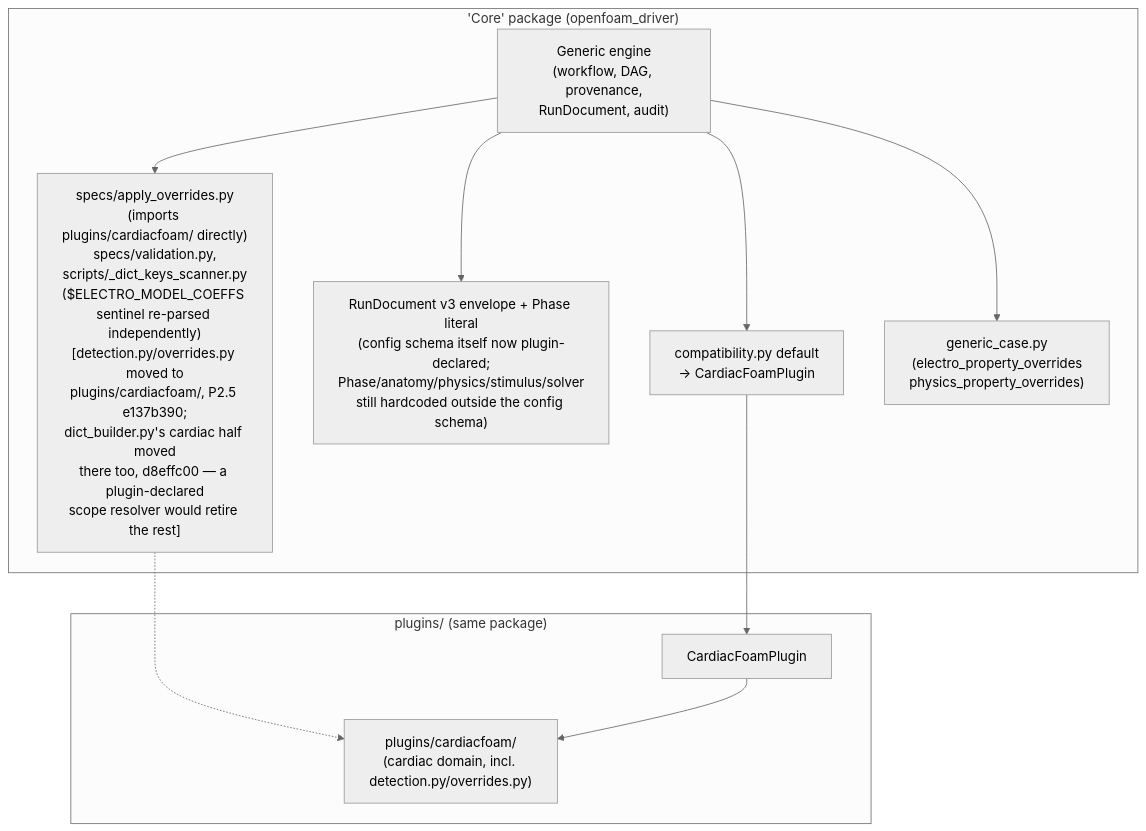
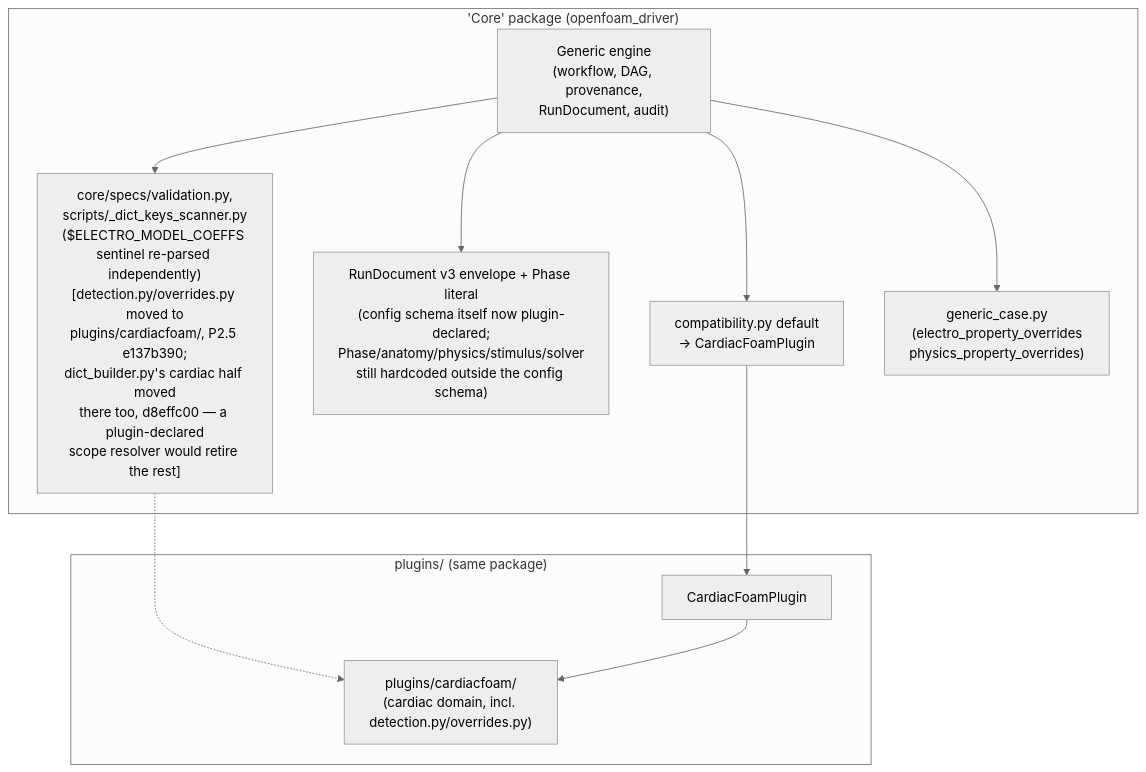
Before and after one commit to solids4foam/cardiacFoam: the sixth of 7 diagrams in applications/scripts/driverFoam/ARCHITECTURE.md, drawn with Mermaid (neutral theme). The commit also changed other lines of this file and 64 other files, not shown here.

````diff
--- a/applications/scripts/driverFoam/ARCHITECTURE.md
+++ b/applications/scripts/driverFoam/ARCHITECTURE.md
@@ -763,23 +762,23 @@
 ```mermaid
 graph TB
     subgraph CurrentCore["'Core' package (openfoam_driver)"]
         GenEngine["Generic engine\n(workflow, DAG, provenance,\nRunDocument, audit)"]
-        CardiacSpecs["specs/apply_overrides.py\n(imports plugins/cardiacfoam/ directly)\nspecs/validation.py,\nscripts/_dict_keys_scanner.py\n($ELECTRO_MODEL_COEFFS sentinel re-parsed independently)\n[detection.py/overrides.py moved to\nplugins/cardiacfoam/, P2.5 e137b390;\ndict_builder.py's cardiac half moved\nthere too, d8effc00 — a plugin-declared\nscope resolver would retire the rest]"]
+        CardiacSpecs["core/specs/validation.py,\nscripts/_dict_keys_scanner.py\n($ELECTRO_MODEL_COEFFS sentinel re-parsed independently)\n[detection.py/overrides.py moved to\nplugins/cardiacfoam/, P2.5 e137b390;\ndict_builder.py's cardiac half moved\nthere too, d8effc00 — a plugin-declared\nscope resolver would retire the rest]"]
         CardiacRunDoc["RunDocument v3 envelope + Phase literal\n(config schema itself now plugin-declared;\nPhase/anatomy/physics/stimulus/solver\nstill hardcoded outside the config schema)"]
         CardiacDefault["compatibility.py default\n→ CardiacFoamPlugin"]
         GenericCaseCardiac["generic_case.py\n(electro_property_overrides\nphysics_property_overrides)"]
     end
 
     subgraph PluginsPackage["plugins/ (same package)"]
         CFPlugin["CardiacFoamPlugin"]
         CFCode["plugins/cardiacfoam/\n(cardiac domain, incl. detection.py/overrides.py)"]
     end
 
     GenEngine --> CardiacSpecs
     GenEngine --> CardiacRunDoc
     GenEngine --> CardiacDefault
     GenEngine --> GenericCaseCardiac
     CardiacSpecs -.-> CFCode
     CardiacDefault --> CFPlugin
     CFPlugin --> CFCode
 ```
````
